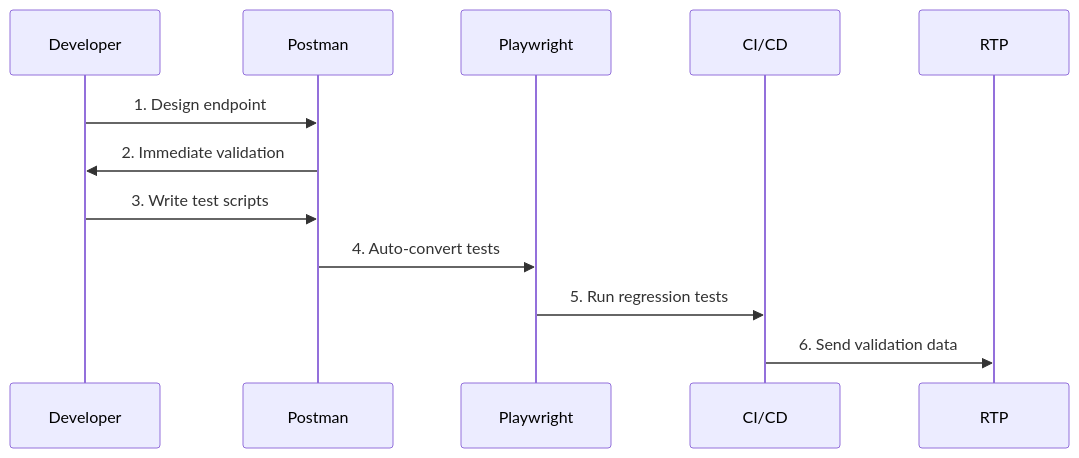
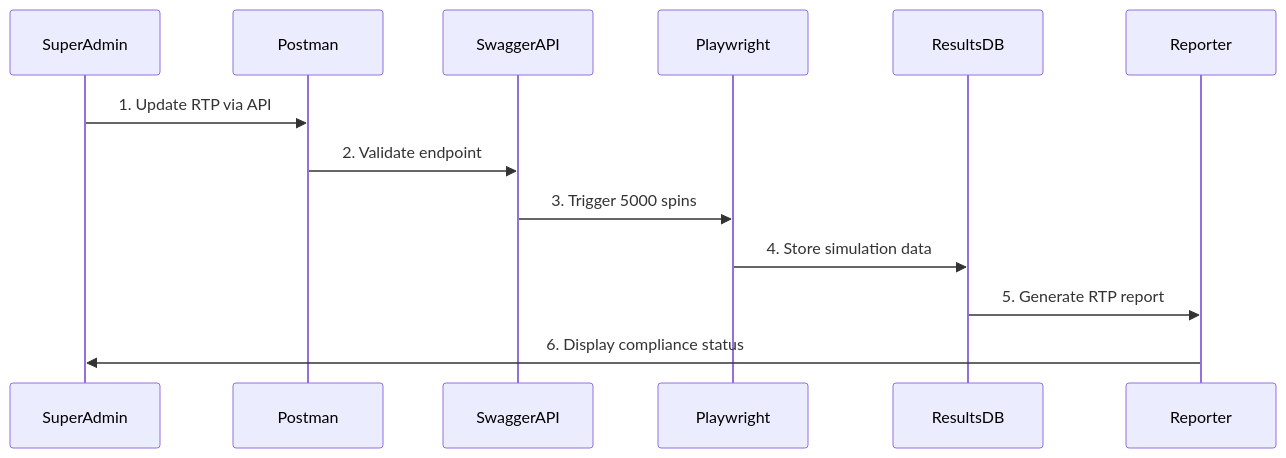
The second of 2 diagrams in README.md (Samolivyu/Ibibe-rtp-mgmt), drawn with Mermaid before and after one commit. The commit also changed other lines of this file and 87 other files, not shown here.

Commit message:
Updated, integrated, tested and implemented swagger, postman and Playwright to the rtp api. Pending test init on PLaywright.

````diff
--- a/README.md
+++ b/README.md
@@ -82,9 +153,9 @@
 ```mermaid
 sequenceDiagram
-    Developer->>Postman: 1. Design endpoint
-    Postman->>Developer: 2. Immediate validation
-    Developer->>Postman: 3. Write test scripts
-    Postman->>Playwright: 4. Auto-convert tests
-    Playwright->>CI/CD: 5. Run regression tests
-    CI/CD->>RTP: 6. Send validation data
+    SuperAdmin->>Postman: 1. Update RTP via API
+    Postman->>SwaggerAPI: 2. Validate endpoint
+    SwaggerAPI->>Playwright: 3. Trigger 5000 spins
+    Playwright->>ResultsDB: 4. Store simulation data
+    ResultsDB->>Reporter: 5. Generate RTP report
+    Reporter->>SuperAdmin: 6. Display compliance status
 ```
````
